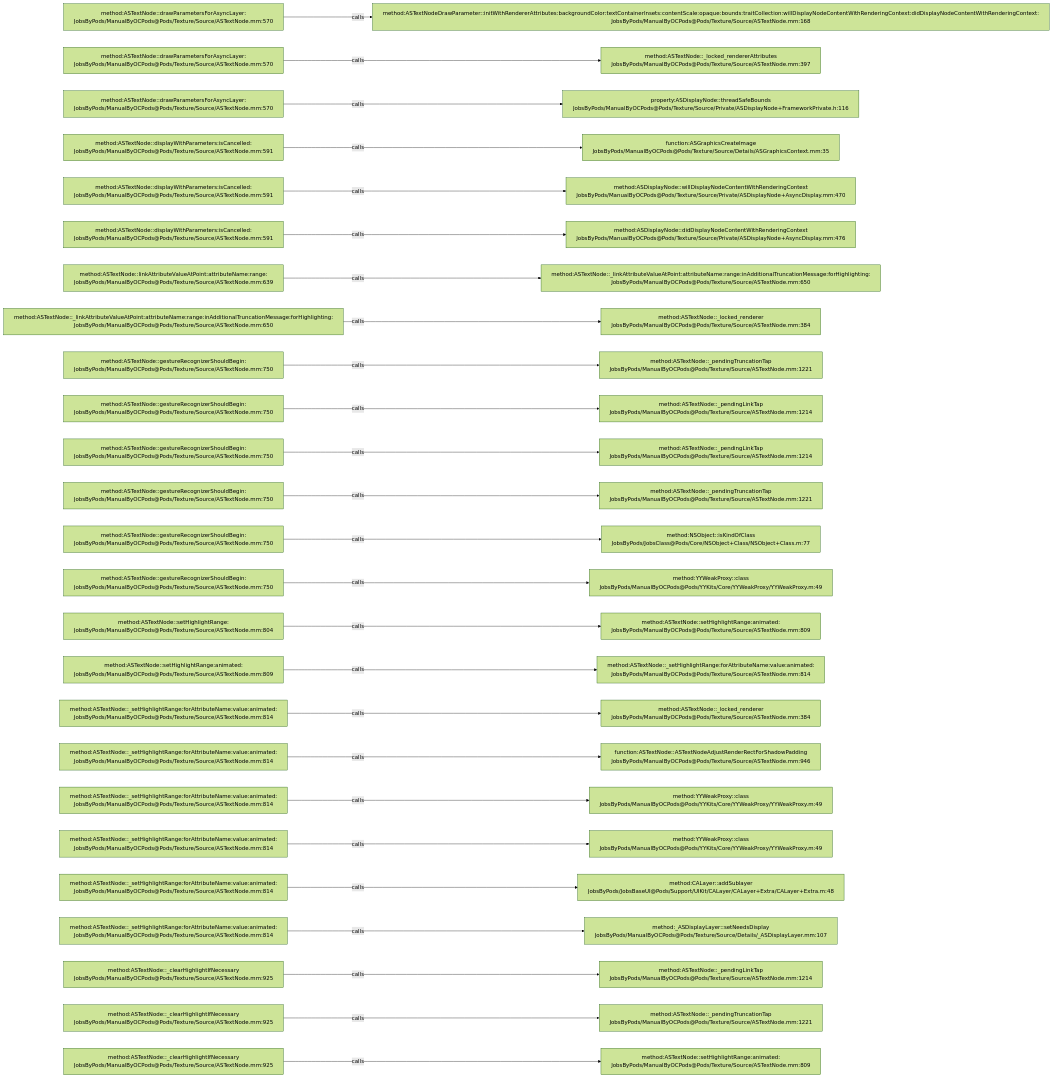
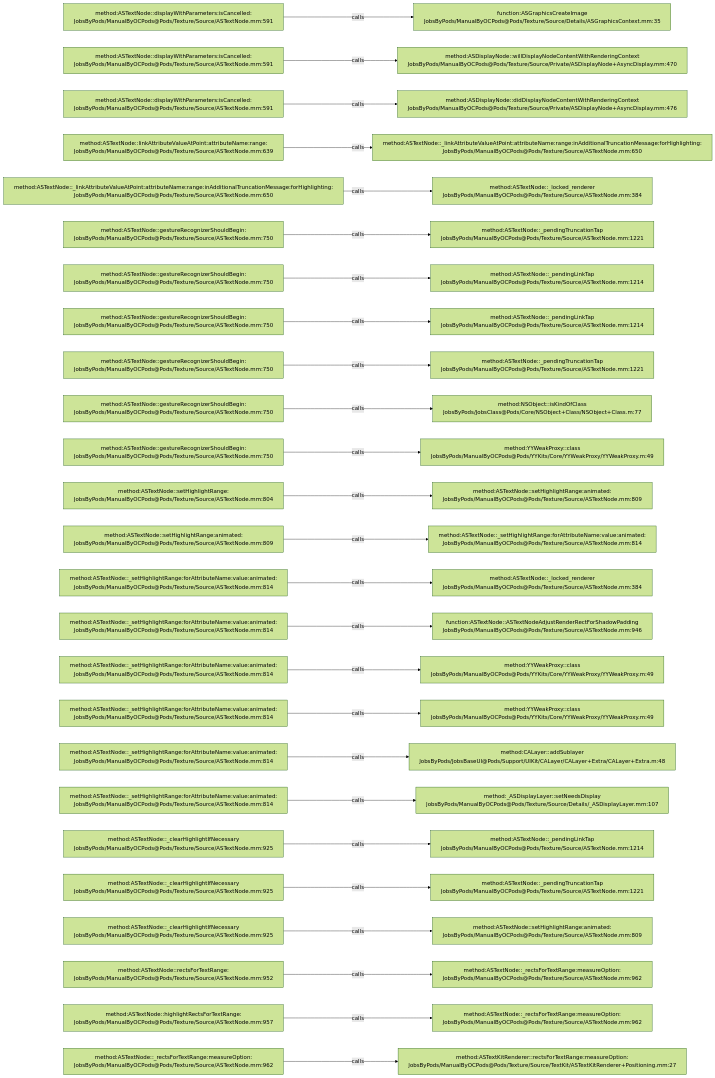
One commit to JobsKits/JobsOCBaseConfigDemo changed the diagram in .codegraph/codegraph.md/graphs/calls-137.md. Above: the diagram before and after it, drawn with Mermaid (forest theme). The commit also changed 342 other files, not shown here.

````diff
--- a/.codegraph/codegraph.md/graphs/calls-137.md
+++ b/.codegraph/codegraph.md/graphs/calls-137.md
@@ -13,78 +13,78 @@
 ```mermaid
 flowchart LR
-  S1["method:ASTextNode::drawParametersForAsyncLayer:<br/>JobsByPods/ManualByOCPods@Pods/Texture/Source/ASTextNode.mm:570"]
-  T1["method:ASTextNodeDrawParameter::initWithRendererAttributes:backgroundColor:textContainerInsets:contentScale:opaque:bounds:traitCollection:willDisplayNodeContentWithRenderingContext:didDisplayNodeContentWithRenderingContext:<br/>JobsByPods/ManualByOCPods@Pods/Texture/Source/ASTextNode.mm:168"]
+  S1["method:ASTextNode::displayWithParameters:isCancelled:<br/>JobsByPods/ManualByOCPods@Pods/Texture/Source/ASTextNode.mm:591"]
+  T1["function:ASGraphicsCreateImage<br/>JobsByPods/ManualByOCPods@Pods/Texture/Source/Details/ASGraphicsContext.mm:35"]
   S1 -->|calls| T1
-  S2["method:ASTextNode::drawParametersForAsyncLayer:<br/>JobsByPods/ManualByOCPods@Pods/Texture/Source/ASTextNode.mm:570"]
-  T2["method:ASTextNode::_locked_rendererAttributes<br/>JobsByPods/ManualByOCPods@Pods/Texture/Source/ASTextNode.mm:397"]
+  S2["method:ASTextNode::displayWithParameters:isCancelled:<br/>JobsByPods/ManualByOCPods@Pods/Texture/Source/ASTextNode.mm:591"]
+  T2["method:ASDisplayNode::willDisplayNodeContentWithRenderingContext<br/>JobsByPods/ManualByOCPods@Pods/Texture/Source/Private/ASDisplayNode+AsyncDisplay.mm:470"]
   S2 -->|calls| T2
-  S3["method:ASTextNode::drawParametersForAsyncLayer:<br/>JobsByPods/ManualByOCPods@Pods/Texture/Source/ASTextNode.mm:570"]
-  T3["property:ASDisplayNode::threadSafeBounds<br/>JobsByPods/ManualByOCPods@Pods/Texture/Source/Private/ASDisplayNode+FrameworkPrivate.h:116"]
+  S3["method:ASTextNode::displayWithParameters:isCancelled:<br/>JobsByPods/ManualByOCPods@Pods/Texture/Source/ASTextNode.mm:591"]
+  T3["method:ASDisplayNode::didDisplayNodeContentWithRenderingContext<br/>JobsByPods/ManualByOCPods@Pods/Texture/Source/Private/ASDisplayNode+AsyncDisplay.mm:476"]
   S3 -->|calls| T3
-  S4["method:ASTextNode::displayWithParameters:isCancelled:<br/>JobsByPods/ManualByOCPods@Pods/Texture/Source/ASTextNode.mm:591"]
-  T4["function:ASGraphicsCreateImage<br/>JobsByPods/ManualByOCPods@Pods/Texture/Source/Details/ASGraphicsContext.mm:35"]
+  S4["method:ASTextNode::linkAttributeValueAtPoint:attributeName:range:<br/>JobsByPods/ManualByOCPods@Pods/Texture/Source/ASTextNode.mm:639"]
+  T4["method:ASTextNode::_linkAttributeValueAtPoint:attributeName:range:inAdditionalTruncationMessage:forHighlighting:<br/>JobsByPods/ManualByOCPods@Pods/Texture/Source/ASTextNode.mm:650"]
   S4 -->|calls| T4
-  S5["method:ASTextNode::displayWithParameters:isCancelled:<br/>JobsByPods/ManualByOCPods@Pods/Texture/Source/ASTextNode.mm:591"]
-  T5["method:ASDisplayNode::willDisplayNodeContentWithRenderingContext<br/>JobsByPods/ManualByOCPods@Pods/Texture/Source/Private/ASDisplayNode+AsyncDisplay.mm:470"]
+  S5["method:ASTextNode::_linkAttributeValueAtPoint:attributeName:range:inAdditionalTruncationMessage:forHighlighting:<br/>JobsByPods/ManualByOCPods@Pods/Texture/Source/ASTextNode.mm:650"]
+  T5["method:ASTextNode::_locked_renderer<br/>JobsByPods/ManualByOCPods@Pods/Texture/Source/ASTextNode.mm:384"]
   S5 -->|calls| T5
-  S6["method:ASTextNode::displayWithParameters:isCancelled:<br/>JobsByPods/ManualByOCPods@Pods/Texture/Source/ASTextNode.mm:591"]
-  T6["method:ASDisplayNode::didDisplayNodeContentWithRenderingContext<br/>JobsByPods/ManualByOCPods@Pods/Texture/Source/Private/ASDisplayNode+AsyncDisplay.mm:476"]
+  S6["method:ASTextNode::gestureRecognizerShouldBegin:<br/>JobsByPods/ManualByOCPods@Pods/Texture/Source/ASTextNode.mm:750"]
+  T6["method:ASTextNode::_pendingTruncationTap<br/>JobsByPods/ManualByOCPods@Pods/Texture/Source/ASTextNode.mm:1221"]
   S6 -->|calls| T6
-  S7["method:ASTextNode::linkAttributeValueAtPoint:attributeName:range:<br/>JobsByPods/ManualByOCPods@Pods/Texture/Source/ASTextNode.mm:639"]
-  T7["method:ASTextNode::_linkAttributeValueAtPoint:attributeName:range:inAdditionalTruncationMessage:forHighlighting:<br/>JobsByPods/ManualByOCPods@Pods/Texture/Source/ASTextNode.mm:650"]
+  S7["method:ASTextNode::gestureRecognizerShouldBegin:<br/>JobsByPods/ManualByOCPods@Pods/Texture/Source/ASTextNode.mm:750"]
+  T7["method:ASTextNode::_pendingLinkTap<br/>JobsByPods/ManualByOCPods@Pods/Texture/Source/ASTextNode.mm:1214"]
   S7 -->|calls| T7
-  S8["method:ASTextNode::_linkAttributeValueAtPoint:attributeName:range:inAdditionalTruncationMessage:forHighlighting:<br/>JobsByPods/ManualByOCPods@Pods/Texture/Source/ASTextNode.mm:650"]
-  T8["method:ASTextNode::_locked_renderer<br/>JobsByPods/ManualByOCPods@Pods/Texture/Source/ASTextNode.mm:384"]
+  S8["method:ASTextNode::gestureRecognizerShouldBegin:<br/>JobsByPods/ManualByOCPods@Pods/Texture/Source/ASTextNode.mm:750"]
+  T8["method:ASTextNode::_pendingLinkTap<br/>JobsByPods/ManualByOCPods@Pods/Texture/Source/ASTextNode.mm:1214"]
   S8 -->|calls| T8
   S9["method:ASTextNode::gestureRecognizerShouldBegin:<br/>JobsByPods/ManualByOCPods@Pods/Texture/Source/ASTextNode.mm:750"]
   T9["method:ASTextNode::_pendingTruncationTap<br/>JobsByPods/ManualByOCPods@Pods/Texture/Source/ASTextNode.mm:1221"]
   S9 -->|calls| T9
   S10["method:ASTextNode::gestureRecognizerShouldBegin:<br/>JobsByPods/ManualByOCPods@Pods/Texture/Source/ASTextNode.mm:750"]
-  T10["method:ASTextNode::_pendingLinkTap<br/>JobsByPods/ManualByOCPods@Pods/Texture/Source/ASTextNode.mm:1214"]
+  T10["method:NSObject::isKindOfClass<br/>JobsByPods/JobsClass@Pods/Core/NSObject+Class/NSObject+Class.m:77"]
   S10 -->|calls| T10
   S11["method:ASTextNode::gestureRecognizerShouldBegin:<br/>JobsByPods/ManualByOCPods@Pods/Texture/Source/ASTextNode.mm:750"]
-  T11["method:ASTextNode::_pendingLinkTap<br/>JobsByPods/ManualByOCPods@Pods/Texture/Source/ASTextNode.mm:1214"]
+  T11["method:YYWeakProxy::class<br/>JobsByPods/ManualByOCPods@Pods/YYKits/Core/YYWeakProxy/YYWeakProxy.m:49"]
   S11 -->|calls| T11
-  S12["method:ASTextNode::gestureRecognizerShouldBegin:<br/>JobsByPods/ManualByOCPods@Pods/Texture/Source/ASTextNode.mm:750"]
-  T12["method:ASTextNode::_pendingTruncationTap<br/>JobsByPods/ManualByOCPods@Pods/Texture/Source/ASTextNode.mm:1221"]
+  S12["method:ASTextNode::setHighlightRange:<br/>JobsByPods/ManualByOCPods@Pods/Texture/Source/ASTextNode.mm:804"]
+  T12["method:ASTextNode::setHighlightRange:animated:<br/>JobsByPods/ManualByOCPods@Pods/Texture/Source/ASTextNode.mm:809"]
   S12 -->|calls| T12
-  S13["method:ASTextNode::gestureRecognizerShouldBegin:<br/>JobsByPods/ManualByOCPods@Pods/Texture/Source/ASTextNode.mm:750"]
-  T13["method:NSObject::isKindOfClass<br/>JobsByPods/JobsClass@Pods/Core/NSObject+Class/NSObject+Class.m:77"]
+  S13["method:ASTextNode::setHighlightRange:animated:<br/>JobsByPods/ManualByOCPods@Pods/Texture/Source/ASTextNode.mm:809"]
+  T13["method:ASTextNode::_setHighlightRange:forAttributeName:value:animated:<br/>JobsByPods/ManualByOCPods@Pods/Texture/Source/ASTextNode.mm:814"]
   S13 -->|calls| T13
-  S14["method:ASTextNode::gestureRecognizerShouldBegin:<br/>JobsByPods/ManualByOCPods@Pods/Texture/Source/ASTextNode.mm:750"]
-  T14["method:YYWeakProxy::class<br/>JobsByPods/ManualByOCPods@Pods/YYKits/Core/YYWeakProxy/YYWeakProxy.m:49"]
+  S14["method:ASTextNode::_setHighlightRange:forAttributeName:value:animated:<br/>JobsByPods/ManualByOCPods@Pods/Texture/Source/ASTextNode.mm:814"]
+  T14["method:ASTextNode::_locked_renderer<br/>JobsByPods/ManualByOCPods@Pods/Texture/Source/ASTextNode.mm:384"]
   S14 -->|calls| T14
-  S15["method:ASTextNode::setHighlightRange:<br/>JobsByPods/ManualByOCPods@Pods/Texture/Source/ASTextNode.mm:804"]
-  T15["method:ASTextNode::setHighlightRange:animated:<br/>JobsByPods/ManualByOCPods@Pods/Texture/Source/ASTextNode.mm:809"]
+  S15["method:ASTextNode::_setHighlightRange:forAttributeName:value:animated:<br/>JobsByPods/ManualByOCPods@Pods/Texture/Source/ASTextNode.mm:814"]
+  T15["function:ASTextNode::ASTextNodeAdjustRenderRectForShadowPadding<br/>JobsByPods/ManualByOCPods@Pods/Texture/Source/ASTextNode.mm:946"]
   S15 -->|calls| T15
-  S16["method:ASTextNode::setHighlightRange:animated:<br/>JobsByPods/ManualByOCPods@Pods/Texture/Source/ASTextNode.mm:809"]
-  T16["method:ASTextNode::_setHighlightRange:forAttributeName:value:animated:<br/>JobsByPods/ManualByOCPods@Pods/Texture/Source/ASTextNode.mm:814"]
+  S16["method:ASTextNode::_setHighlightRange:forAttributeName:value:animated:<br/>JobsByPods/ManualByOCPods@Pods/Texture/Source/ASTextNode.mm:814"]
+  T16["method:YYWeakProxy::class<br/>JobsByPods/ManualByOCPods@Pods/YYKits/Core/YYWeakProxy/YYWeakProxy.m:49"]
   S16 -->|calls| T16
   S17["method:ASTextNode::_setHighlightRange:forAttributeName:value:animated:<br/>JobsByPods/ManualByOCPods@Pods/Texture/Source/ASTextNode.mm:814"]
-  T17["method:ASTextNode::_locked_renderer<br/>JobsByPods/ManualByOCPods@Pods/Texture/Source/ASTextNode.mm:384"]
+  T17["method:YYWeakProxy::class<br/>JobsByPods/ManualByOCPods@Pods/YYKits/Core/YYWeakProxy/YYWeakProxy.m:49"]
   S17 -->|calls| T17
   S18["method:ASTextNode::_setHighlightRange:forAttributeName:value:animated:<br/>JobsByPods/ManualByOCPods@Pods/Texture/Source/ASTextNode.mm:814"]
-  T18["function:ASTextNode::ASTextNodeAdjustRenderRectForShadowPadding<br/>JobsByPods/ManualByOCPods@Pods/Texture/Source/ASTextNode.mm:946"]
+  T18["method:CALayer::addSublayer<br/>JobsByPods/JobsBaseUI@Pods/Support/UIKit/CALayer/CALayer+Extra/CALayer+Extra.m:48"]
   S18 -->|calls| T18
   S19["method:ASTextNode::_setHighlightRange:forAttributeName:value:animated:<br/>JobsByPods/ManualByOCPods@Pods/Texture/Source/ASTextNode.mm:814"]
-  T19["method:YYWeakProxy::class<br/>JobsByPods/ManualByOCPods@Pods/YYKits/Core/YYWeakProxy/YYWeakProxy.m:49"]
+  T19["method:_ASDisplayLayer::setNeedsDisplay<br/>JobsByPods/ManualByOCPods@Pods/Texture/Source/Details/_ASDisplayLayer.mm:107"]
   S19 -->|calls| T19
-  S20["method:ASTextNode::_setHighlightRange:forAttributeName:value:animated:<br/>JobsByPods/ManualByOCPods@Pods/Texture/Source/ASTextNode.mm:814"]
-  T20["method:YYWeakProxy::class<br/>JobsByPods/ManualByOCPods@Pods/YYKits/Core/YYWeakProxy/YYWeakProxy.m:49"]
+  S20["method:ASTextNode::_clearHighlightIfNecessary<br/>JobsByPods/ManualByOCPods@Pods/Texture/Source/ASTextNode.mm:925"]
+  T20["method:ASTextNode::_pendingLinkTap<br/>JobsByPods/ManualByOCPods@Pods/Texture/Source/ASTextNode.mm:1214"]
   S20 -->|calls| T20
-  S21["method:ASTextNode::_setHighlightRange:forAttributeName:value:animated:<br/>JobsByPods/ManualByOCPods@Pods/Texture/Source/ASTextNode.mm:814"]
-  T21["method:CALayer::addSublayer<br/>JobsByPods/JobsBaseUI@Pods/Support/UIKit/CALayer/CALayer+Extra/CALayer+Extra.m:48"]
+  S21["method:ASTextNode::_clearHighlightIfNecessary<br/>JobsByPods/ManualByOCPods@Pods/Texture/Source/ASTextNode.mm:925"]
+  T21["method:ASTextNode::_pendingTruncationTap<br/>JobsByPods/ManualByOCPods@Pods/Texture/Source/ASTextNode.mm:1221"]
   S21 -->|calls| T21
-  S22["method:ASTextNode::_setHighlightRange:forAttributeName:value:animated:<br/>JobsByPods/ManualByOCPods@Pods/Texture/Source/ASTextNode.mm:814"]
-  T22["method:_ASDisplayLayer::setNeedsDisplay<br/>JobsByPods/ManualByOCPods@Pods/Texture/Source/Details/_ASDisplayLayer.mm:107"]
+  S22["method:ASTextNode::_clearHighlightIfNecessary<br/>JobsByPods/ManualByOCPods@Pods/Texture/Source/ASTextNode.mm:925"]
+  T22["method:ASTextNode::setHighlightRange:animated:<br/>JobsByPods/ManualByOCPods@Pods/Texture/Source/ASTextNode.mm:809"]
   S22 -->|calls| T22
-  S23["method:ASTextNode::_clearHighlightIfNecessary<br/>JobsByPods/ManualByOCPods@Pods/Texture/Source/ASTextNode.mm:925"]
-  T23["method:ASTextNode::_pendingLinkTap<br/>JobsByPods/ManualByOCPods@Pods/Texture/Source/ASTextNode.mm:1214"]
+  S23["method:ASTextNode::rectsForTextRange:<br/>JobsByPods/ManualByOCPods@Pods/Texture/Source/ASTextNode.mm:952"]
+  T23["method:ASTextNode::_rectsForTextRange:measureOption:<br/>JobsByPods/ManualByOCPods@Pods/Texture/Source/ASTextNode.mm:962"]
   S23 -->|calls| T23
-  S24["method:ASTextNode::_clearHighlightIfNecessary<br/>JobsByPods/ManualByOCPods@Pods/Texture/Source/ASTextNode.mm:925"]
-  T24["method:ASTextNode::_pendingTruncationTap<br/>JobsByPods/ManualByOCPods@Pods/Texture/Source/ASTextNode.mm:1221"]
+  S24["method:ASTextNode::highlightRectsForTextRange:<br/>JobsByPods/ManualByOCPods@Pods/Texture/Source/ASTextNode.mm:957"]
+  T24["method:ASTextNode::_rectsForTextRange:measureOption:<br/>JobsByPods/ManualByOCPods@Pods/Texture/Source/ASTextNode.mm:962"]
   S24 -->|calls| T24
-  S25["method:ASTextNode::_clearHighlightIfNecessary<br/>JobsByPods/ManualByOCPods@Pods/Texture/Source/ASTextNode.mm:925"]
-  T25["method:ASTextNode::setHighlightRange:animated:<br/>JobsByPods/ManualByOCPods@Pods/Texture/Source/ASTextNode.mm:809"]
+  S25["method:ASTextNode::_rectsForTextRange:measureOption:<br/>JobsByPods/ManualByOCPods@Pods/Texture/Source/ASTextNode.mm:962"]
+  T25["method:ASTextKitRenderer::rectsForTextRange:measureOption:<br/>JobsByPods/ManualByOCPods@Pods/Texture/Source/TextKit/ASTextKitRenderer+Positioning.mm:27"]
   S25 -->|calls| T25
 ```
````
